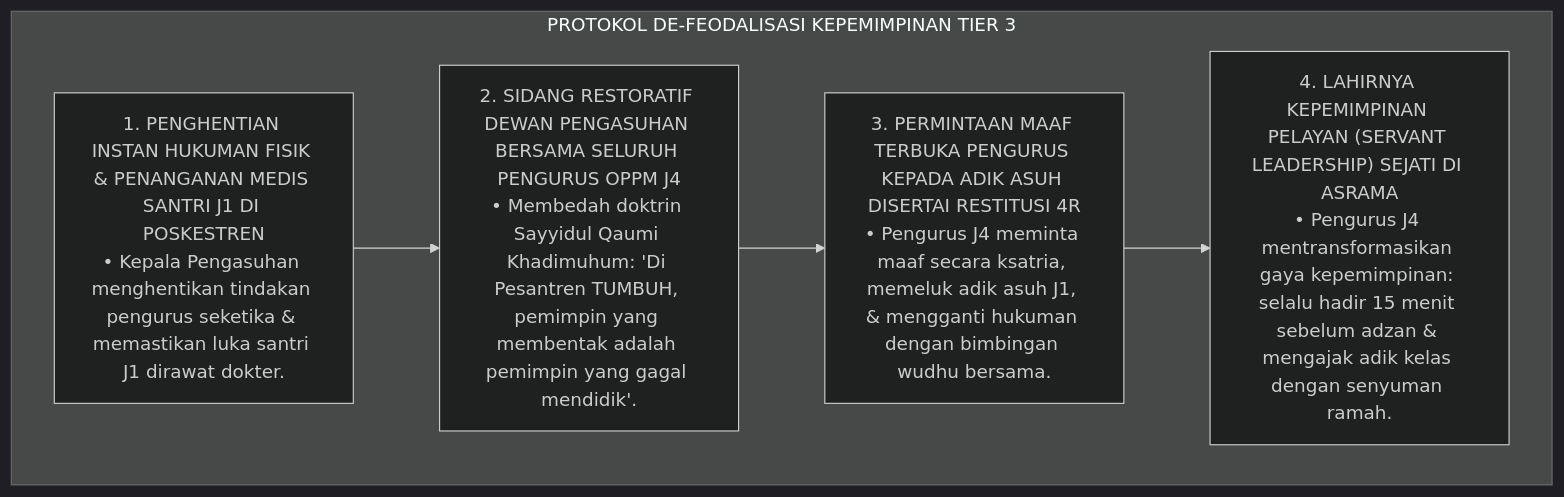
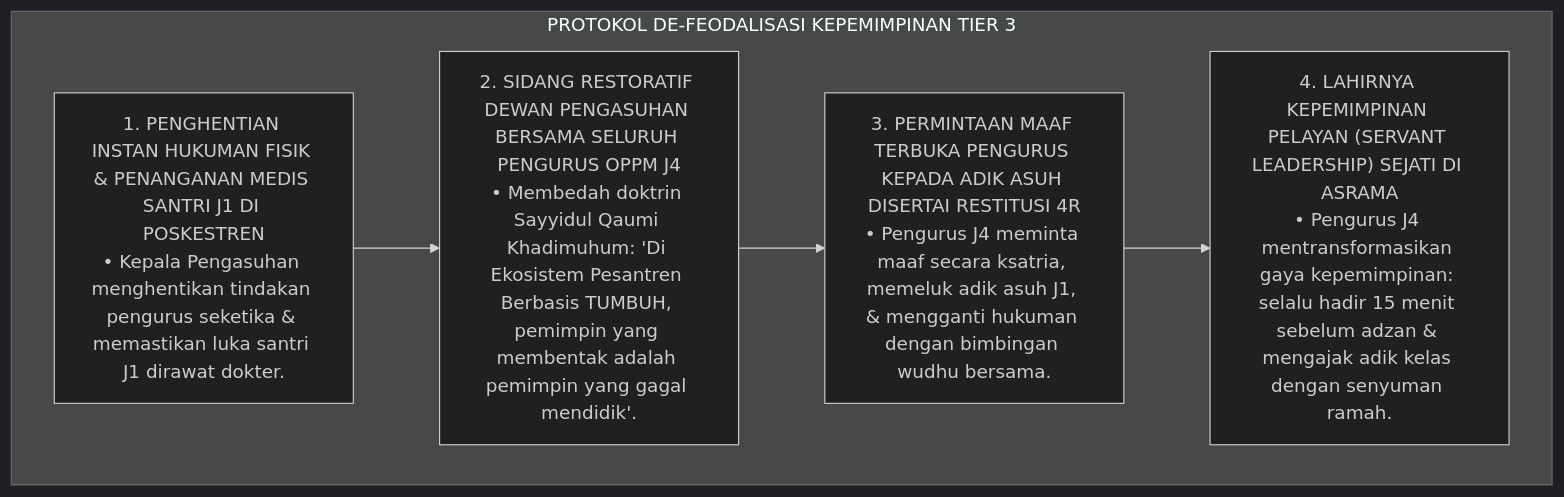
The fifth of 8 diagrams in 04 Progression Framework/02 Development Levels/P4-02-04-Jenjang-J4-Kemandirian-dan-Kepemimpinan-Qudwah.md (wandiapriliyandi/tumbuh), drawn with Mermaid (dark theme) before and after one commit. The commit also changed other lines of this file and 605 other files, not shown here.

Commit message:
refactor: standarisasi penyebutan TUMBUH sebagai sistem pembinaan pesantren di seluruh naskah

````diff
--- a/04 Progression Framework/02 Development Levels/P4-02-04-Jenjang-J4-Kemandirian-dan-Kepemimpinan-Qudwah.md
+++ b/04 Progression Framework/02 Development Levels/P4-02-04-Jenjang-J4-Kemandirian-dan-Kepemimpinan-Qudwah.md
@@ -136,14 +136,14 @@
 ```mermaid
 flowchart TD
     subgraph ProtokolDeFeodalisasiOPPM["PROTOKOL DE-FEODALISASI KEPEMIMPINAN TIER 3"]
         Step1["1. PENGHENTIAN INSTAN HUKUMAN FISIK & PENANGANAN MEDIS SANTRI J1 DI POSKESTREN<br/>• Kepala Pengasuhan menghentikan tindakan pengurus seketika & memastikan luka santri J1 dirawat dokter."]
         
-        Step2["2. SIDANG RESTORATIF DEWAN PENGASUHAN BERSAMA SELURUH PENGURUS OPPM J4<br/>• Membedah doktrin Sayyidul Qaumi Khadimuhum: 'Di Pesantren TUMBUH, pemimpin yang membentak adalah pemimpin yang gagal mendidik'."]
+        Step2["2. SIDANG RESTORATIF DEWAN PENGASUHAN BERSAMA SELURUH PENGURUS OPPM J4<br/>• Membedah doktrin Sayyidul Qaumi Khadimuhum: 'Di Ekosistem Pesantren Berbasis TUMBUH, pemimpin yang membentak adalah pemimpin yang gagal mendidik'."]
         
         Step3["3. PERMINTAAN MAAF TERBUKA PENGURUS KEPADA ADIK ASUH DISERTAI RESTITUSI 4R<br/>• Pengurus J4 meminta maaf secara ksatria, memeluk adik asuh J1, & mengganti hukuman dengan bimbingan wudhu bersama."]
         
         Step4["4. LAHIRNYA KEPEMIMPINAN PELAYAN (SERVANT LEADERSHIP) SEJATI DI ASRAMA<br/>• Pengurus J4 mentransformasikan gaya kepemimpinan: selalu hadir 15 menit sebelum adzan & mengajak adik kelas dengan senyuman ramah."]
         
         Step1 --> Step2 --> Step3 --> Step4
     end
 ```
````
